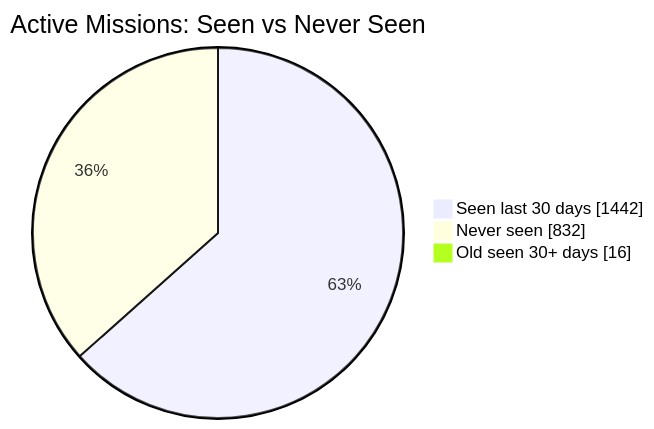
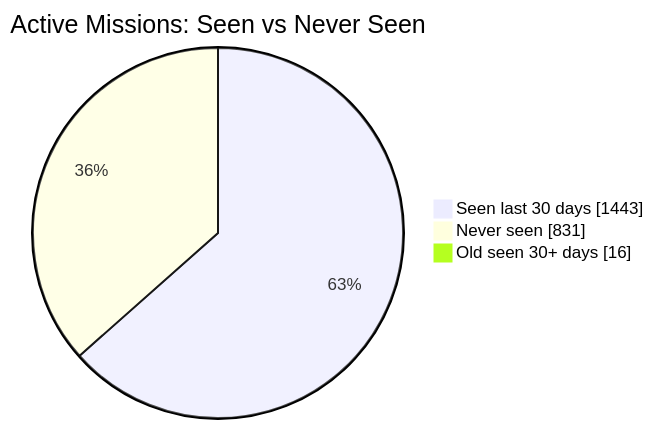
The first of 2 diagrams in README.md (MeldkamerspelGameTeam/active-missions), drawn with Mermaid before and after one commit. The commit also changed other lines of this file and 2 other files, not shown here.

````diff
--- a/README.md
+++ b/README.md
@@ -34,7 +34,7 @@
 ```mermaid
 pie showData
     title Active Missions: Seen vs Never Seen
-    "Seen last 30 days" : 1442
-    "Never seen" : 832
+    "Seen last 30 days" : 1443
+    "Never seen" : 831
     "Old seen 30+ days" : 16
 ```
````
